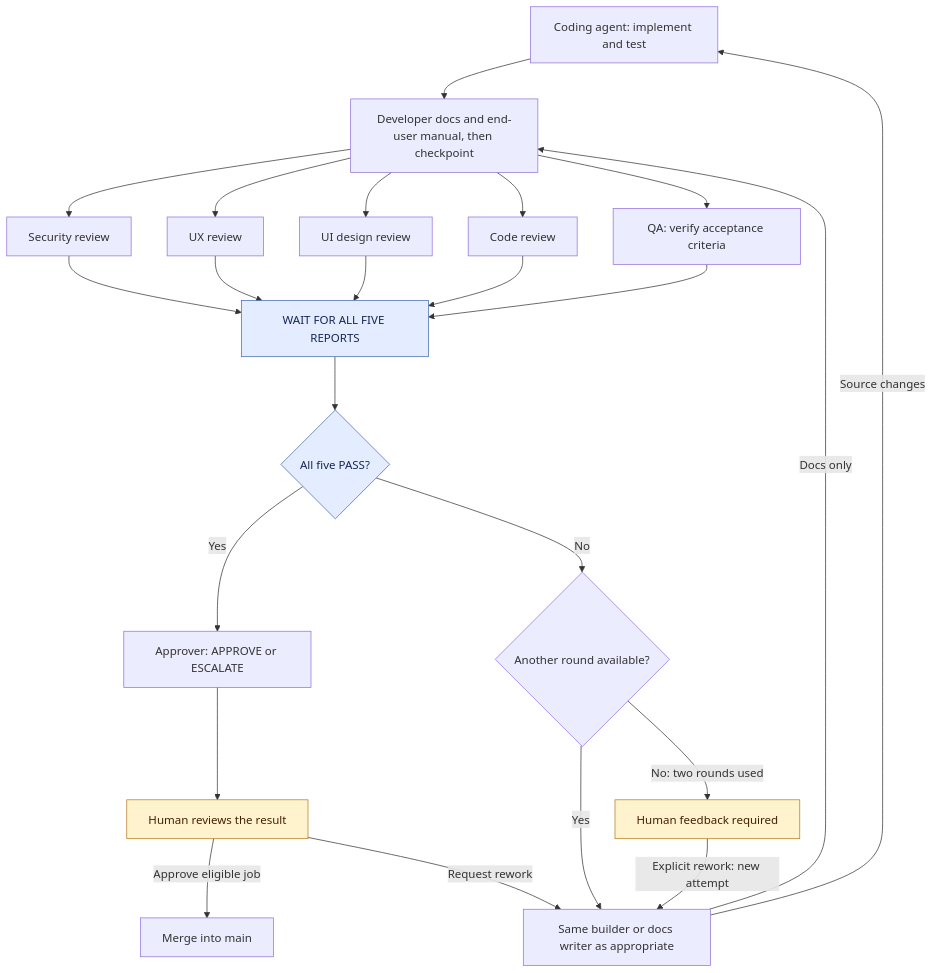
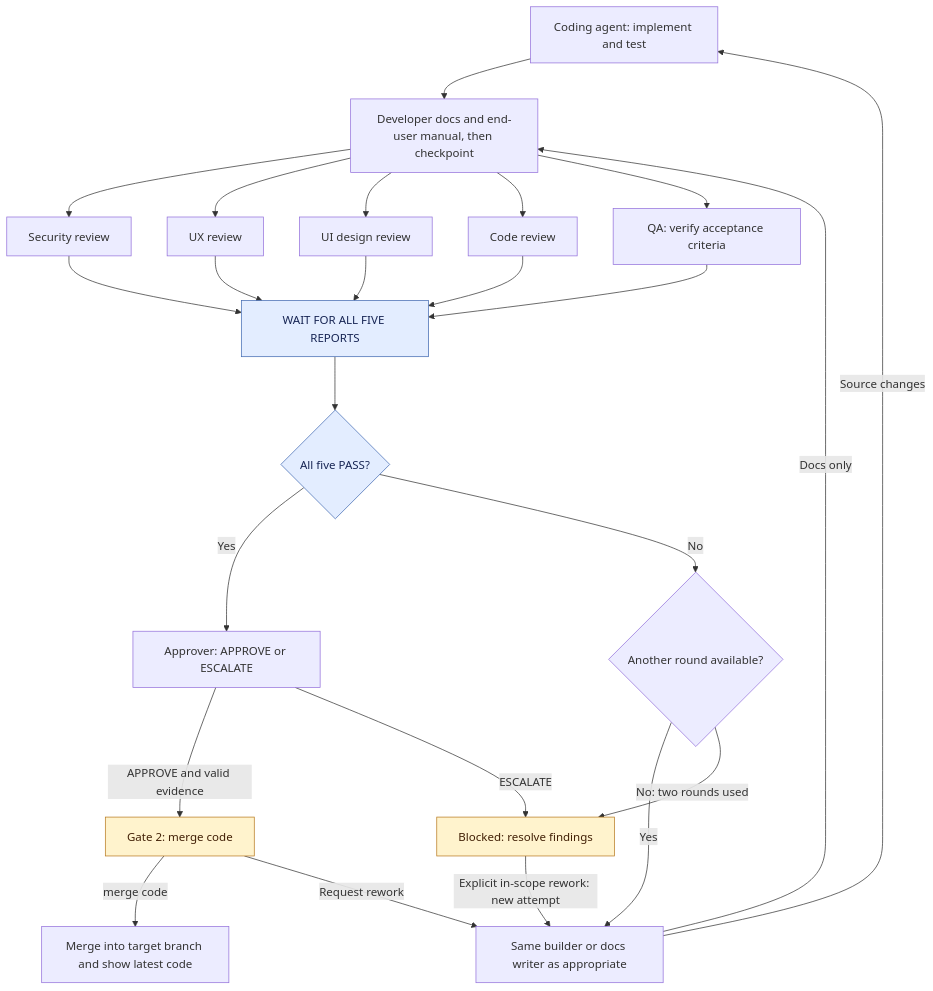
Before and after one commit to faiqfarooq/software-factory: the second of 4 diagrams in claude-only/docs/GUIDE.md, drawn with Mermaid. The commit also changed other lines of this file and 14 other files, not shown here.

````diff
--- a/claude-only/docs/GUIDE.md
+++ b/claude-only/docs/GUIDE.md
@@ -95,36 +117,37 @@
 ```mermaid
 flowchart TD
     Builder["Coding agent: implement and test"]
 
     Builder --> Docs["Developer docs and end-user manual, then checkpoint"]
     Docs --> Security["Security review"]
     Docs --> UX["UX review"]
     Docs --> UI["UI design review"]
     Docs --> Code["Code review"]
     Docs --> QA["QA: verify acceptance criteria"]
 
     Security --> Wait["WAIT FOR ALL FIVE REPORTS"]
     UX --> Wait
     UI --> Wait
     Code --> Wait
     QA --> Wait
 
     Wait --> Verdict{"All five PASS?"}
 
     Verdict -->|Yes| Approver["Approver: APPROVE or ESCALATE"]
-    Approver --> Human["Human reviews the result"]
-    Human -->|Approve eligible job| Merge["Merge into main"]
+    Approver -->|APPROVE and valid evidence| Human["Gate 2: merge code"]
+    Approver -->|ESCALATE| Feedback["Blocked: resolve findings"]
+    Human -->|merge code| Merge["Merge into target branch and show latest code"]
     Human -->|Request rework| Rework["Same builder or docs writer as appropriate"]
 
     Verdict -->|No| Budget{"Another round available?"}
     Budget -->|Yes| Rework
-    Budget -->|No: two rounds used| Feedback["Human feedback required"]
-    Feedback -->|Explicit rework: new attempt| Rework
+    Budget -->|No: two rounds used| Feedback
+    Feedback -->|Explicit in-scope rework: new attempt| Rework
     Rework -->|Source changes| Builder
     Rework -->|Docs only| Docs
 
     classDef human fill:#fff3cd,stroke:#b7791f,color:#422006;
     class Human,Feedback human;
     classDef gate fill:#e3edff,stroke:#4169b1,color:#172554;
     class Wait,Verdict gate;
 ```
````
